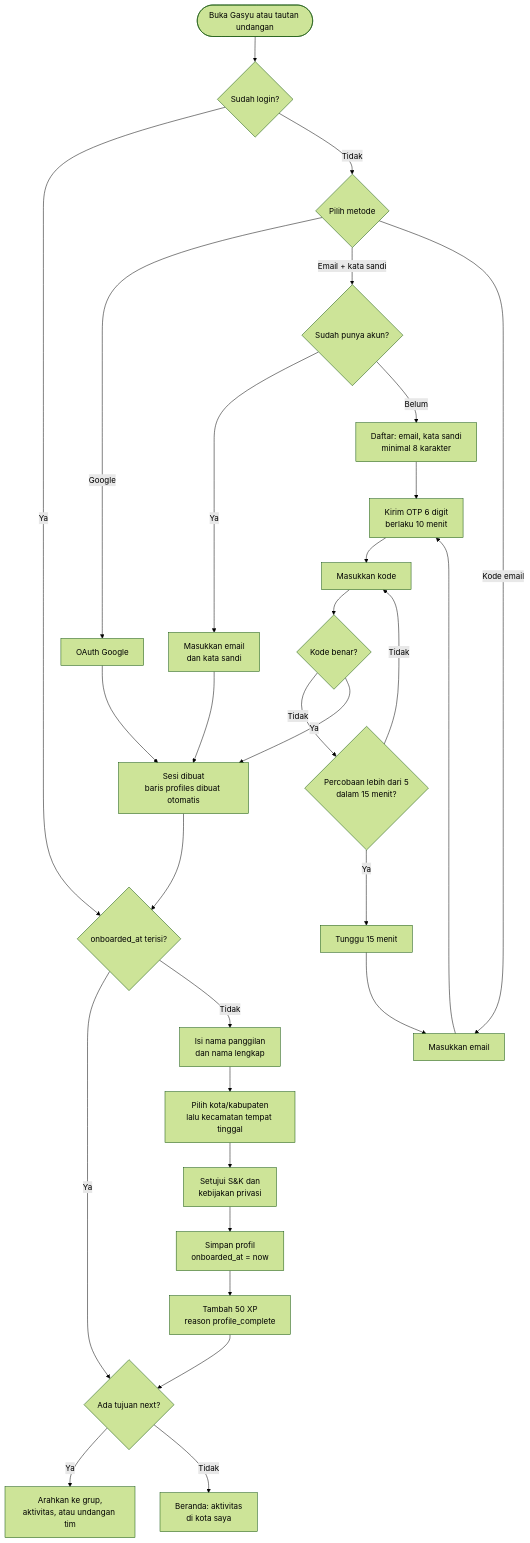
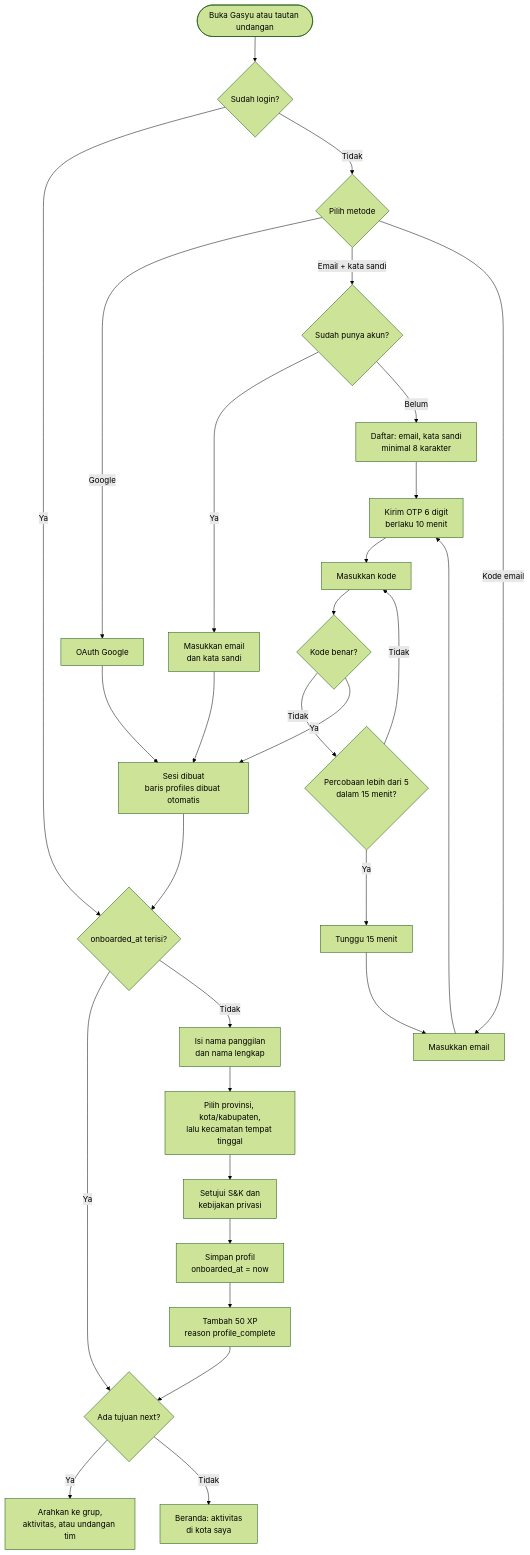
One commit to mirwanma/gasyu changed the third of 30 diagrams in docs/ALUR-SISTEM.md. Above: the diagram before and after it, drawn with Mermaid (forest theme). The commit also changed other lines of this file and 3 other files, not shown here.

First line of the commit message:
Pemilih wilayah bertingkat: provinsi, kota/kabupaten, kecamatan

````diff
--- a/docs/ALUR-SISTEM.md
+++ b/docs/ALUR-SISTEM.md
@@ -184,29 +184,29 @@
 ```mermaid
 flowchart TD
     S([Buka Gasyu atau tautan undangan]) --> L{Sudah login?}
     L -- Ya --> O
     L -- Tidak --> M{Pilih metode}
     M -->|Google| G[OAuth Google]
     M -->|Email + kata sandi| PW{Sudah punya akun?}
     PW -- Ya --> PL[Masukkan email<br/>dan kata sandi] --> SES
     PW -- Belum --> SU[Daftar: email, kata sandi<br/>minimal 8 karakter] --> OT
     M -->|Kode email| E[Masukkan email]
     E --> OT[Kirim OTP 6 digit<br/>berlaku 10 menit]
     OT --> IN[Masukkan kode]
     IN --> V{Kode benar?}
     V -- Tidak --> R{Percobaan lebih dari 5<br/>dalam 15 menit?}
     R -- Ya --> BL[Tunggu 15 menit] --> E
     R -- Tidak --> IN
     V -- Ya --> SES
     G --> SES[Sesi dibuat<br/>baris profiles dibuat otomatis]
     SES --> O{onboarded_at terisi?}
     O -- Ya --> NX
     O -- Tidak --> F1[Isi nama panggilan<br/>dan nama lengkap]
-    F1 --> F2[Pilih kota/kabupaten<br/>lalu kecamatan tempat tinggal]
+    F1 --> F2[Pilih provinsi, kota/kabupaten,<br/>lalu kecamatan tempat tinggal]
     F2 --> F3[Setujui S&K dan<br/>kebijakan privasi]
     F3 --> F4[Simpan profil<br/>onboarded_at = now]
     F4 --> XP[Tambah 50 XP<br/>reason profile_complete]
     XP --> NX{Ada tujuan next?}
     NX -- Ya --> T[Arahkan ke grup,<br/>aktivitas, atau undangan tim]
     NX -- Tidak --> H[Beranda: aktivitas<br/>di kota saya]
 ```
````
